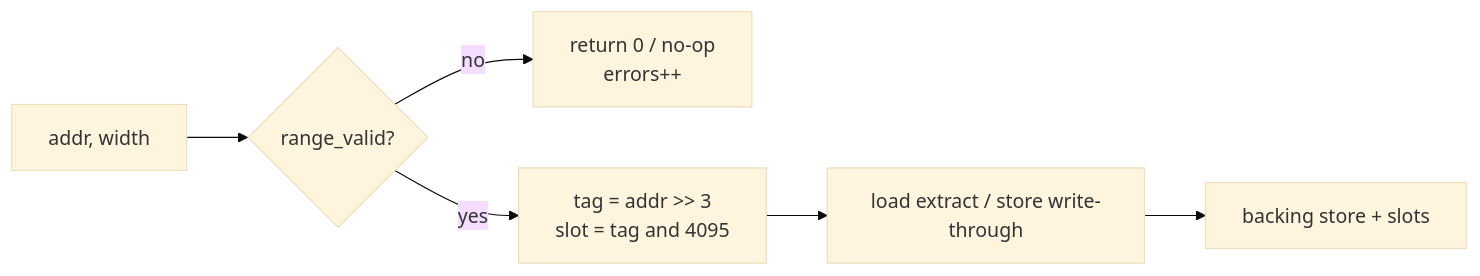
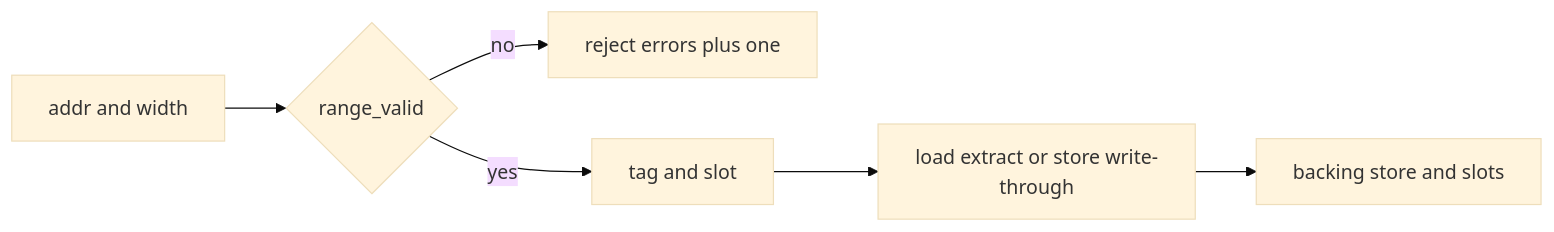
The second of 3 diagrams in README.md (AHMADALIPARR/memcache), drawn with Mermaid (base theme) before and after one commit. The commit also changed other lines of this file, not shown here.

Commit message:
Sanitize mermaid labels: no parens, brackets, or shift operators

````diff
--- a/README.md
+++ b/README.md
@@ -57,8 +57,8 @@
 ```mermaid
 flowchart LR
-    IN["addr, width"] --> V{"range_valid?"}
-    V -->|no| ERR["return 0 / no-op\nerrors++"]
-    V -->|yes| SLOT["tag = addr >> 3\nslot = tag and 4095"]
-    SLOT --> OP["load extract / store write-through"]
-    OP --> MEM["backing store + slots"]
+    IN[addr and width] --> V{range_valid}
+    V -->|no| ERR[reject errors plus one]
+    V -->|yes| SLOT[tag and slot]
+    SLOT --> OP[load extract or store write-through]
+    OP --> MEM[backing store and slots]
 ```
````
